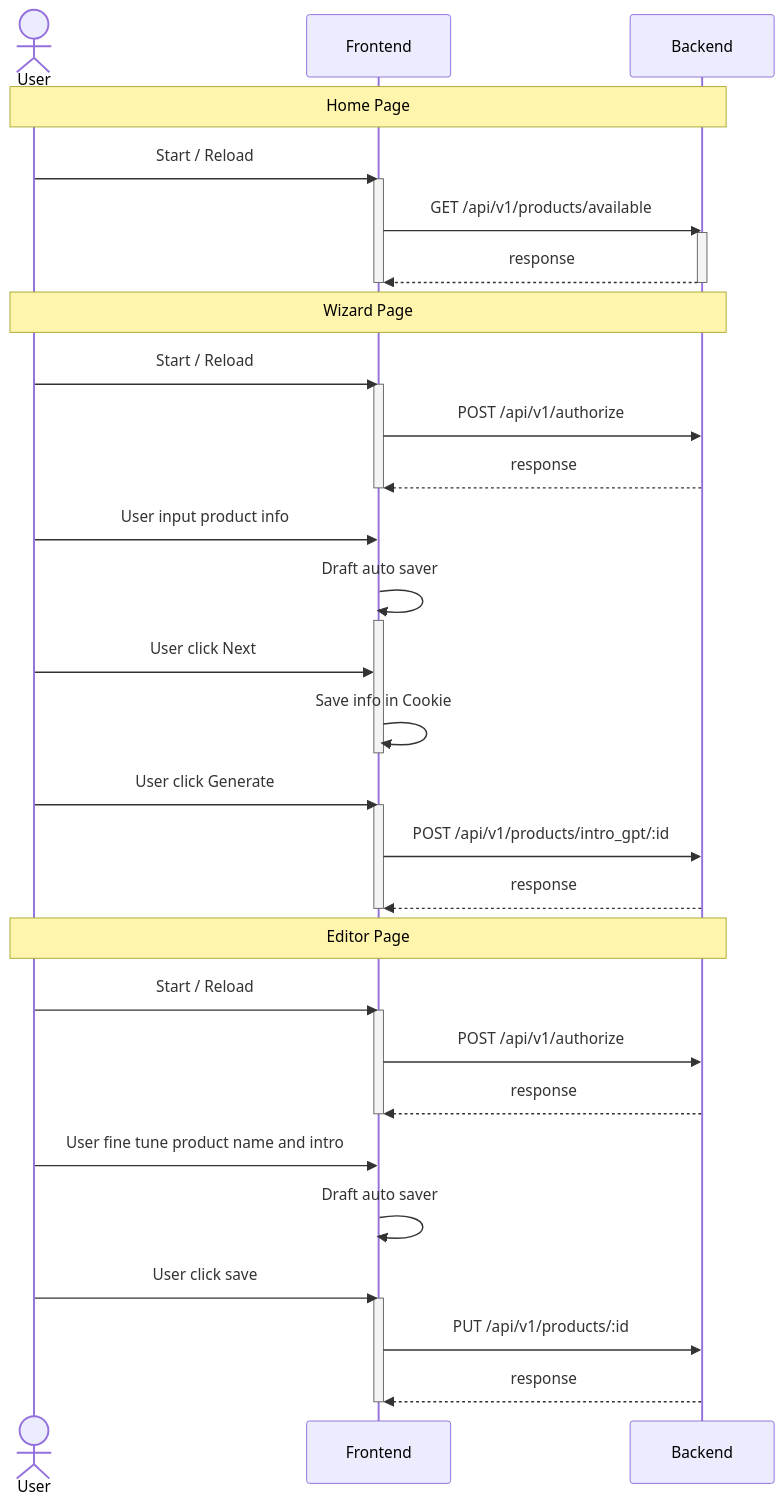
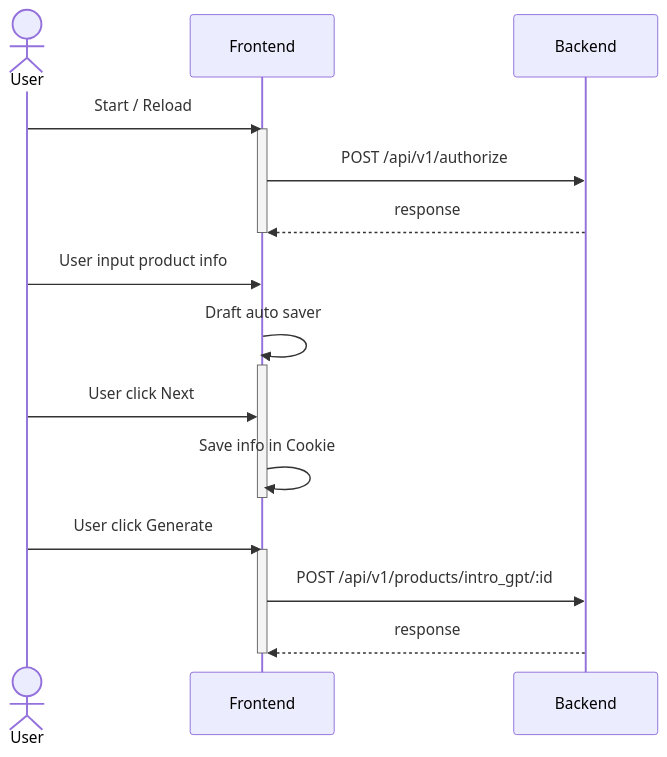
The second of 3 diagrams in README.md (dychendavid/brainstorm-web), drawn with Mermaid before and after one commit.

Commit message:
docs: separate sequence diagrams to multiple

````diff
--- a/README.md
+++ b/README.md
@@ -32,50 +51,23 @@
 ```mermaid
 sequenceDiagram
     actor U as User
     participant F as Frontend
     participant B as Backend
 
-    Note over U,B: Home Page
-    U->>F: Start / Reload
-    activate F
-    F->>B: GET /api/v1/products/available
-    activate B
-    B-->>F: response
-    deactivate F
-    deactivate B
-
-    Note over U,B: Wizard Page
     U->>F: Start / Reload
     activate F
     F->>B: POST /api/v1/authorize
     B-->>F: response
     deactivate F
     U->>F: User input product info
     F->>F: Draft auto saver
     activate F
     U->>F: User click Next
     F->>F: Save info in Cookie
     deactivate F
     U->>F: User click Generate
     activate F
     F->>B: POST /api/v1/products/intro_gpt/:id
     B-->>F: response
     deactivate F
-
-    Note over U,B: Editor Page
-    U->>F: Start / Reload
-    activate F
-    F->>B: POST /api/v1/authorize
-    B-->>F: response
-    deactivate F
-
-    U->>F: User fine tune product name and intro
-    F->>F: Draft auto saver
-    U->>F: User click save
-    activate F
-    F->>B: PUT /api/v1/products/:id
-    B-->>F: response
-    deactivate F
-
-
 ```
````
